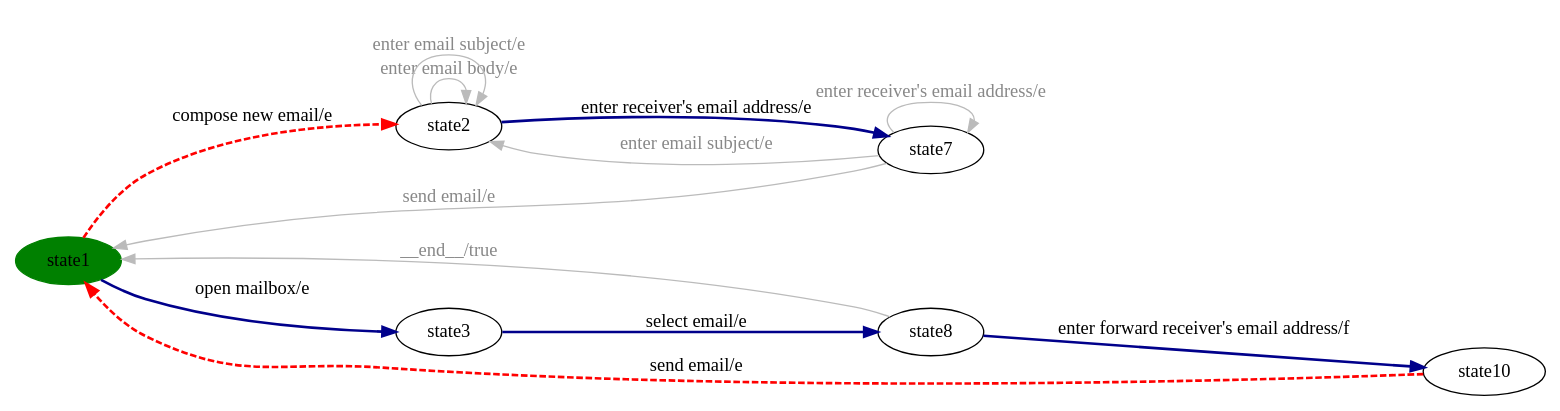
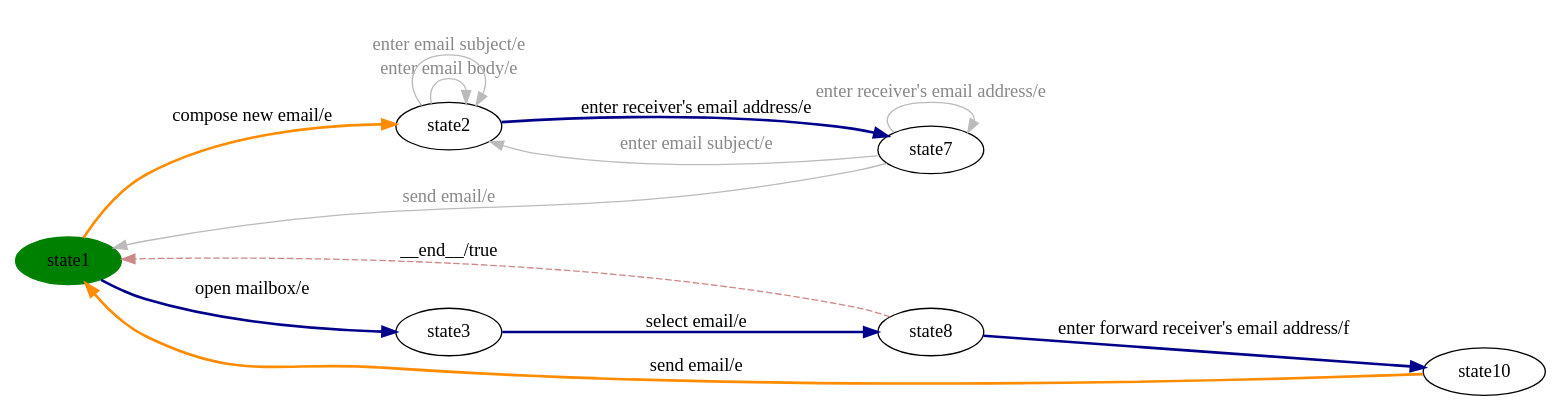
Before and after one commit to dilekozturk93/vibes: the diagram in milestone-reports/per-product-all-states/eMail/eMail-product20-walk.dot, drawn with Graphviz. The commit also changed 152 other files, not shown here.

```diff
--- a/milestone-reports/per-product-all-states/eMail/eMail-product20-walk.dot
+++ b/milestone-reports/per-product-all-states/eMail/eMail-product20-walk.dot
@@ -1,21 +1,21 @@
 digraph G {
 rankdir=LR;
 state0[ label = "state1", style=filled, color=green ];
 state1 [ label = "state8" ];
 state2 [ label = "state7" ];
 state3 [ label = "state10" ];
 state4 [ label = "state2" ];
 state5 [ label = "state3" ];
 state1 -> state3 [ label=" enter forward receiver's email address/f ", style=bold, color=darkblue, penwidth=2 ];
 state2 -> state0 [ label=" send email/e ", color="#bbbbbb", fontcolor="#888888" ];
-state1 -> state0 [ label=" __end__/true ", color="#bbbbbb", fontcolor="#888888" ];
+state1 -> state0 [ label=" __end__/true ", style=dashed, color="#cc8888" ];
 state0 -> state5 [ label=" open mailbox/e ", style=bold, color=darkblue, penwidth=2 ];
 state5 -> state1 [ label=" select email/e ", style=bold, color=darkblue, penwidth=2 ];
-state0 -> state4 [ label=" compose new email/e ", style=dashed, color=red, penwidth=2 ];
+state0 -> state4 [ label=" compose new email/e ", style=bold, color=darkorange, penwidth=2 ];
 state4 -> state4 [ label=" enter email body/e ", color="#bbbbbb", fontcolor="#888888" ];
 state4 -> state4 [ label=" enter email subject/e ", color="#bbbbbb", fontcolor="#888888" ];
 state4 -> state2 [ label=" enter receiver's email address/e ", style=bold, color=darkblue, penwidth=2 ];
 state2 -> state4 [ label=" enter email subject/e ", color="#bbbbbb", fontcolor="#888888" ];
-state3 -> state0 [ label=" send email/e ", style=dashed, color=red, penwidth=2 ];
+state3 -> state0 [ label=" send email/e ", style=bold, color=darkorange, penwidth=2 ];
 state2 -> state2 [ label=" enter receiver's email address/e ", color="#bbbbbb", fontcolor="#888888" ];
 }
```
